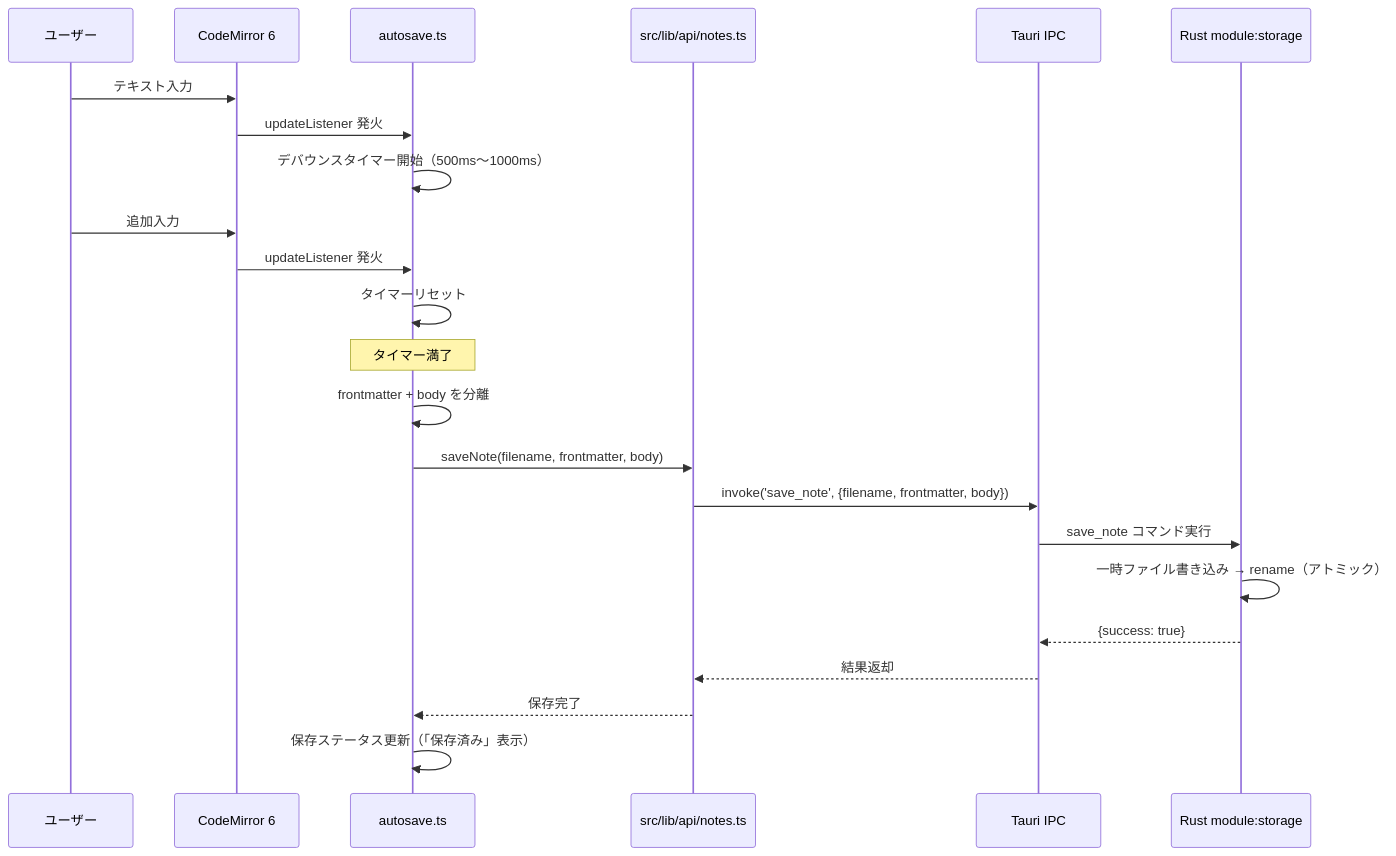
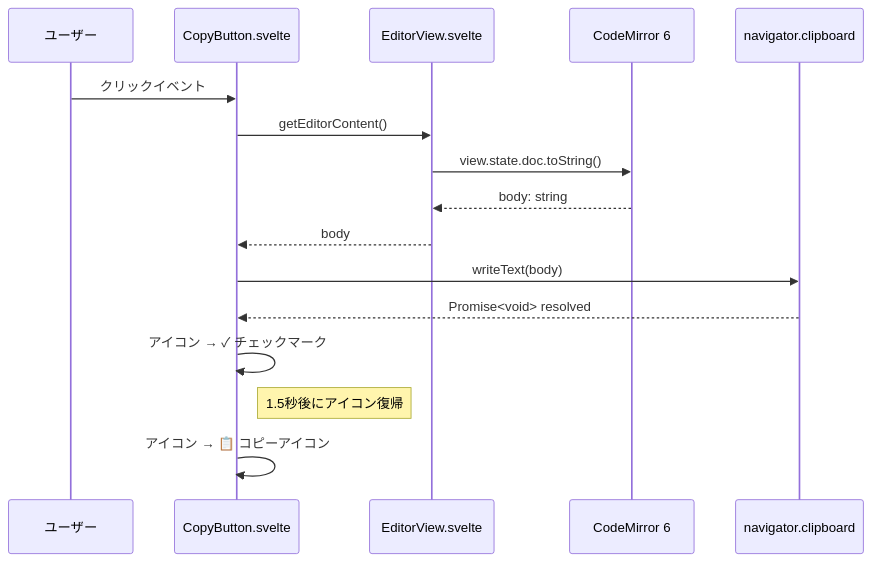
Before and after one commit to dev-komenzar/prompt-notes: the third of 3 diagrams in docs/detailed_design/editor_clipboard_design.md, drawn with Mermaid. The commit also changed other lines of this file and 7 other files, not shown here.

````diff
--- a/docs/detailed_design/editor_clipboard_design.md
+++ b/docs/detailed_design/editor_clipboard_design.md
@@ -211,29 +147,19 @@
 ```mermaid
 sequenceDiagram
     participant User as ユーザー
-    participant CM as CodeMirror 6
-    participant AS as autosave.ts
-    participant API as src/lib/api/notes.ts
-    participant IPC as Tauri IPC
-    participant RS as Rust module:storage
+    participant CB as CopyButton.svelte
+    participant EV as EditorView.svelte
+    participant CM6 as CodeMirror 6
+    participant Clip as navigator.clipboard
 
-    User->>CM: テキスト入力
-    CM->>AS: updateListener 発火
-    AS->>AS: デバウンスタイマー開始（500ms〜1000ms）
-
-    User->>CM: 追加入力
-    CM->>AS: updateListener 発火
-    AS->>AS: タイマーリセット
-
-    Note over AS: タイマー満了
-
-    AS->>AS: frontmatter + body を分離
-    AS->>API: saveNote(filename, frontmatter, body)
-    API->>IPC: invoke('save_note', {filename, frontmatter, body})
-    IPC->>RS: save_note コマンド実行
-    RS->>RS: 一時ファイル書き込み → rename（アトミック）
-    RS-->>IPC: {success: true}
-    IPC-->>API: 結果返却
-    API-->>AS: 保存完了
-    AS->>AS: 保存ステータス更新（「保存済み」表示）
+    User->>CB: クリックイベント
+    CB->>EV: getEditorContent()
+    EV->>CM6: view.state.doc.toString()
+    CM6-->>EV: body: string
+    EV-->>CB: body
+    CB->>Clip: writeText(body)
+    Clip-->>CB: Promise<void> resolved
+    CB->>CB: アイコン → ✓ チェックマーク
+    Note right of CB: 1.5秒後にアイコン復帰
+    CB->>CB: アイコン → 📋 コピーアイコン
 ```
````
